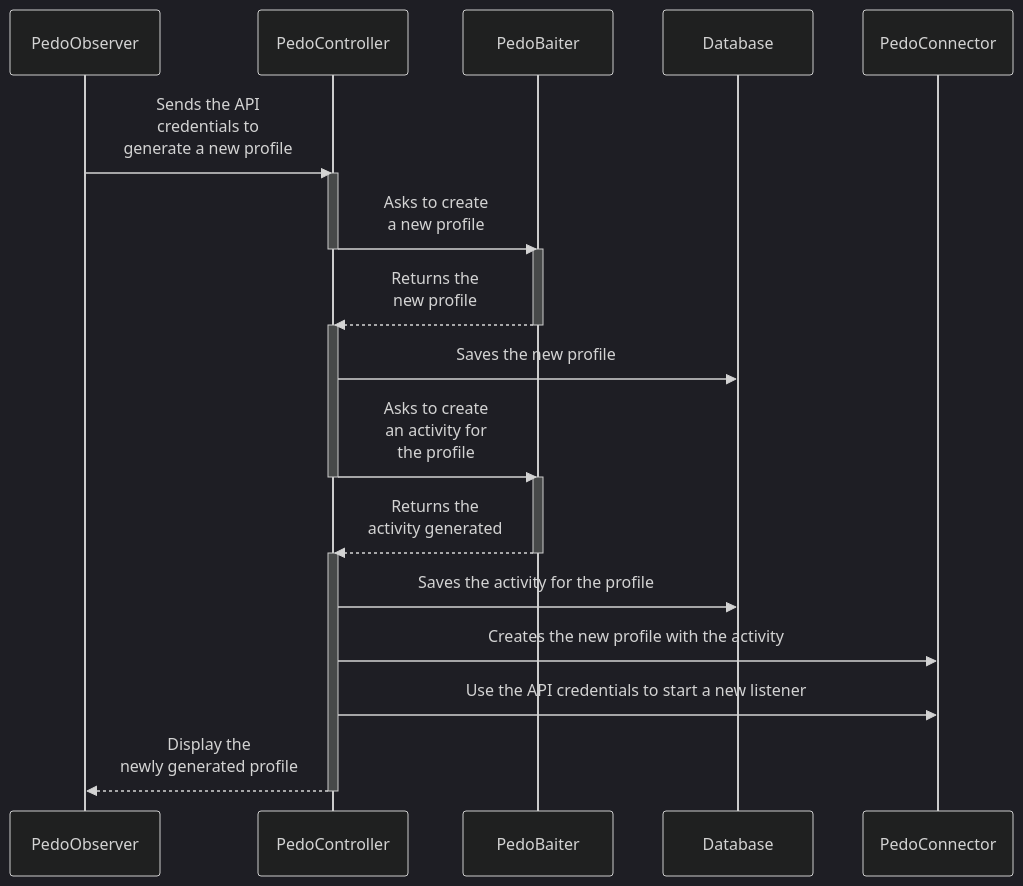
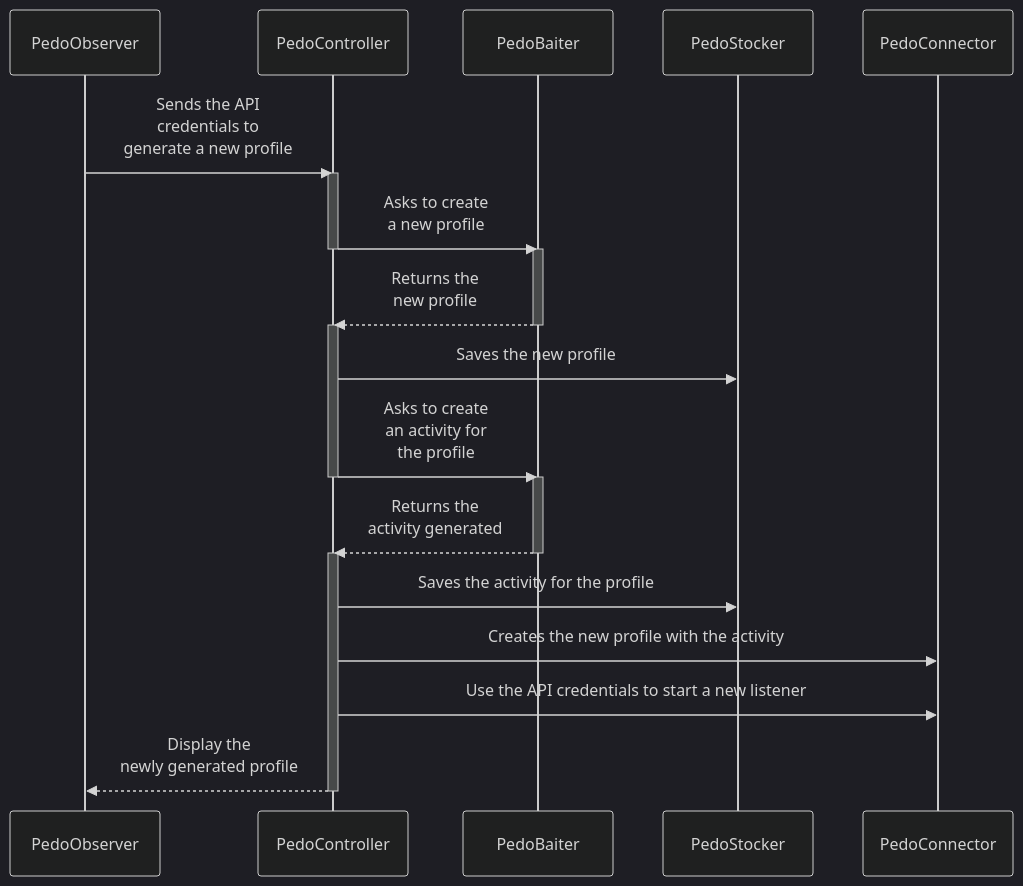
Before and after one commit to PedoPot/PedoDoc: the second of 2 diagrams in PedObserver/README.md, drawn with Mermaid (dark theme). The commit also changed other lines of this file and 3 other files, not shown here.

Commit message:
refactor: Renamed Database to PedoStocker

````diff
--- a/PedObserver/README.md
+++ b/PedObserver/README.md
@@ -19,23 +19,23 @@
 ```mermaid
 sequenceDiagram
     PedoObserver->>PedoController: Sends the API<br> credentials to <br>generate a new profile 
     activate PedoController
     PedoController->>PedoBaiter: Asks to create<br>a new profile
     deactivate PedoController
     activate PedoBaiter
     PedoBaiter-->>PedoController: Returns the <br>new profile
     deactivate PedoBaiter
     activate PedoController
-    PedoController->>Database: Saves the new profile
+    PedoController->>PedoStocker: Saves the new profile
     PedoController->>PedoBaiter: Asks to create<br>an activity for <br>the profile
     deactivate PedoController
     activate PedoBaiter
     PedoBaiter-->>PedoController: Returns the <br>activity generated
     deactivate PedoBaiter
     activate PedoController
-    PedoController->>Database: Saves the activity for the profile
+    PedoController->>PedoStocker: Saves the activity for the profile
     PedoController->>PedoConnector: Creates the new profile with the activity
     PedoController->>PedoConnector: Use the API credentials to start a new listener
     PedoController-->>PedoObserver: Display the <br>newly generated profile
     deactivate PedoController
 ```
````
